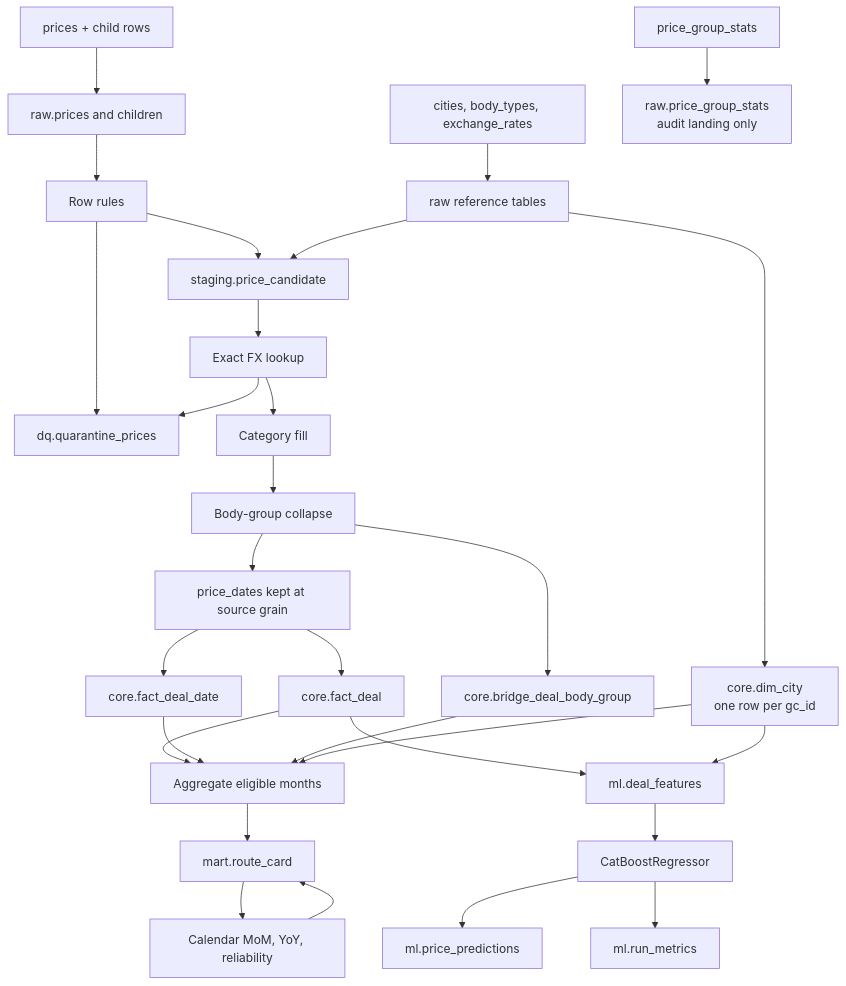
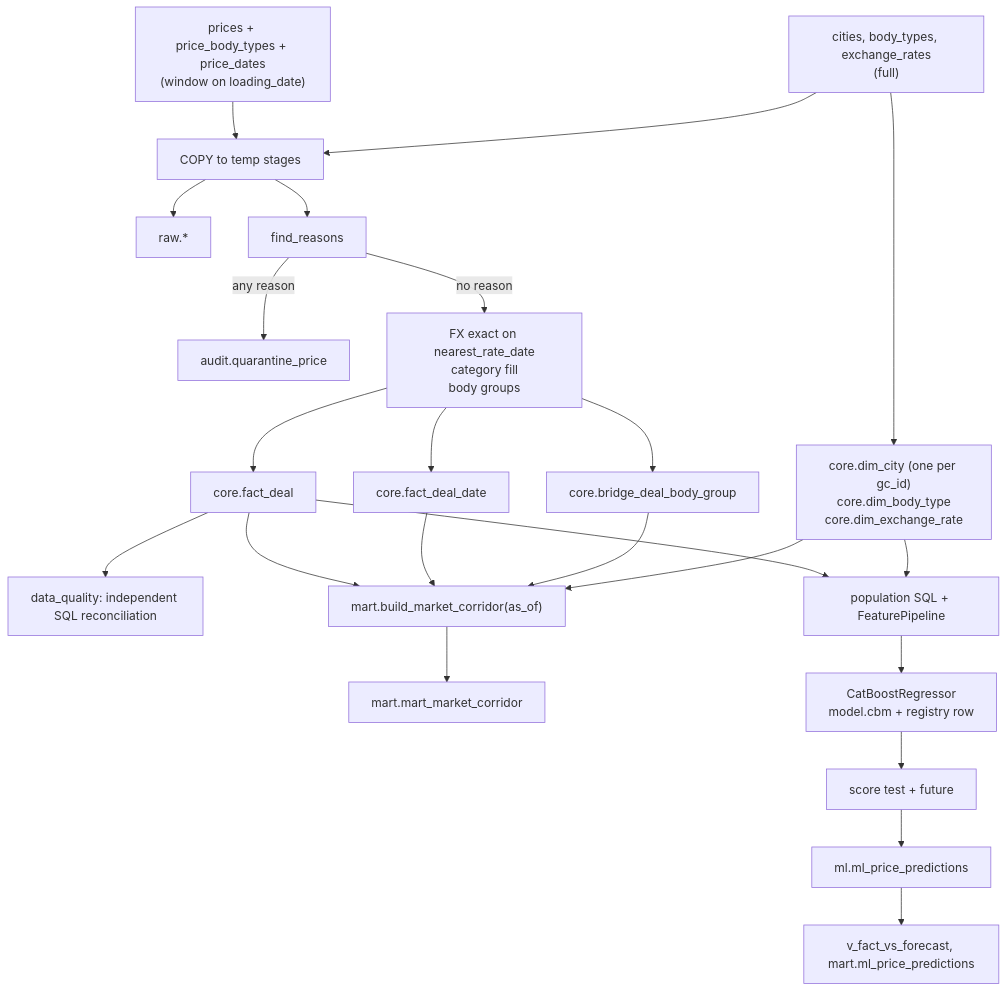
One commit to stackmesh/logistics-data-platform changed the second of 3 diagrams in docs/architecture.md. Above: the diagram before and after it, drawn with Mermaid. The commit also changed other lines of this file and 10 other files, not shown here.

````diff
--- a/docs/architecture.md
+++ b/docs/architecture.md
@@ -127,36 +57,25 @@
 ```mermaid
 flowchart TD
-  prices["prices + child rows"] --> rawPrices["raw.prices and children"]
-  refs["cities, body_types, exchange_rates"] --> rawRefs["raw reference tables"]
-  stats["price_group_stats"] --> rawStats["raw.price_group_stats<br/>audit landing only"]
-
-  rawPrices --> rules["Row rules"]
-  rules --> quarantine["dq.quarantine_prices"]
-  rules --> survivors["staging.price_candidate"]
-  rawRefs --> survivors
-
-  survivors --> fx["Exact FX lookup"]
-  fx --> quarantine
-  fx --> cats["Category fill"]
-  cats --> groups["Body-group collapse"]
-  groups --> dates["price_dates kept at source grain"]
-
-  dates --> fact["core.fact_deal"]
-  dates --> dealDate["core.fact_deal_date"]
-  groups --> bridge["core.bridge_deal_body_group"]
-  rawRefs --> dimCity["core.dim_city<br/>one row per gc_id"]
-
-  fact --> martBuild["Aggregate eligible months"]
-  dealDate --> martBuild
-  bridge --> martBuild
-  dimCity --> martBuild
-  martBuild --> card["mart.route_card"]
-  card --> mom["Calendar MoM, YoY, reliability"]
-  mom --> card
-
-  fact --> features["ml.deal_features"]
-  dimCity --> features
-  features --> model["CatBoostRegressor"]
-  model --> pred["ml.price_predictions"]
-  model --> metrics["ml.run_metrics"]
+  prices["prices + price_body_types + price_dates<br/>(window on loading_date)"] --> stage["COPY to temp stages"]
+  refs["cities, body_types, exchange_rates<br/>(full)"] --> stage
+  stage --> rawT["raw.*"]
+  stage --> rules["find_reasons"]
+  rules -->|any reason| quarantine["audit.quarantine_price"]
+  rules -->|no reason| norm["FX exact on nearest_rate_date<br/>category fill<br/>body groups"]
+  norm --> fact["core.fact_deal"]
+  norm --> dates["core.fact_deal_date"]
+  norm --> bridge["core.bridge_deal_body_group"]
+  refs --> dims["core.dim_city (one per gc_id)<br/>core.dim_body_type<br/>core.dim_exchange_rate"]
+  fact --> recon["data_quality: independent SQL reconciliation"]
+  fact --> build["mart.build_market_corridor(as_of)"]
+  dates --> build
+  bridge --> build
+  dims --> build
+  build --> corridor["mart.mart_market_corridor"]
+  fact --> features["population SQL + FeaturePipeline"]
+  dims --> features
+  features --> model["CatBoostRegressor<br/>model.cbm + registry row"]
+  model --> scoring["score test + future"]
+  scoring --> predictions["ml.ml_price_predictions"]
+  predictions --> views["v_fact_vs_forecast, mart.ml_price_predictions"]
 ```
````
